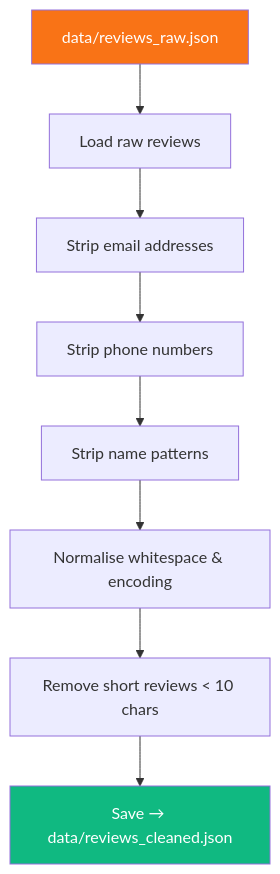
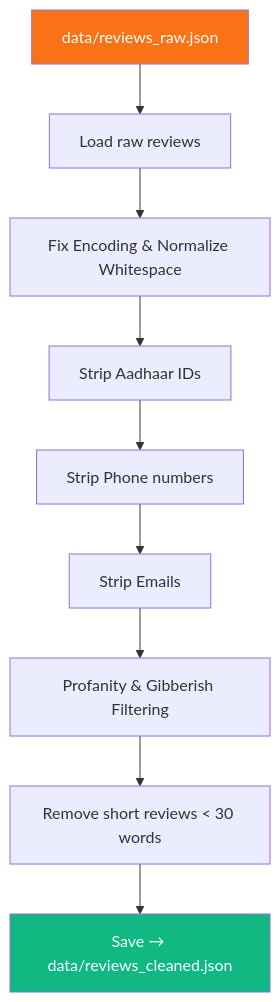
The diagram in phase3_cleaning/README.md (g3menon/WeeklyPulse_PlaystoreReviews), drawn with Mermaid before and after one commit. The commit also changed other lines of this file and 4 other files, not shown here.

````diff
--- a/phase3_cleaning/README.md
+++ b/phase3_cleaning/README.md
@@ -28,13 +28,14 @@
 ```mermaid
 flowchart TD
     A["data/reviews_raw.json"] --> B["Load raw reviews"]
-    B --> C["Strip email addresses"]
-    C --> D["Strip phone numbers"]
-    D --> E["Strip name patterns"]
-    E --> F["Normalise whitespace & encoding"]
-    F --> G["Remove short reviews < 10 chars"]
-    G --> H["Save → data/reviews_cleaned.json"]
+    B --> C["Fix Encoding & Normalize Whitespace"]
+    C --> D["Strip Aadhaar IDs"]
+    D --> E["Strip Phone numbers"]
+    E --> F["Strip Emails"]
+    F --> G["Profanity & Gibberish Filtering"]
+    G --> H["Remove short reviews < 30 words"]
+    H --> I["Save → data/reviews_cleaned.json"]
 
     style A fill:#F97316,color:#fff
-    style H fill:#10B981,color:#fff
+    style I fill:#10B981,color:#fff
 ```
````
